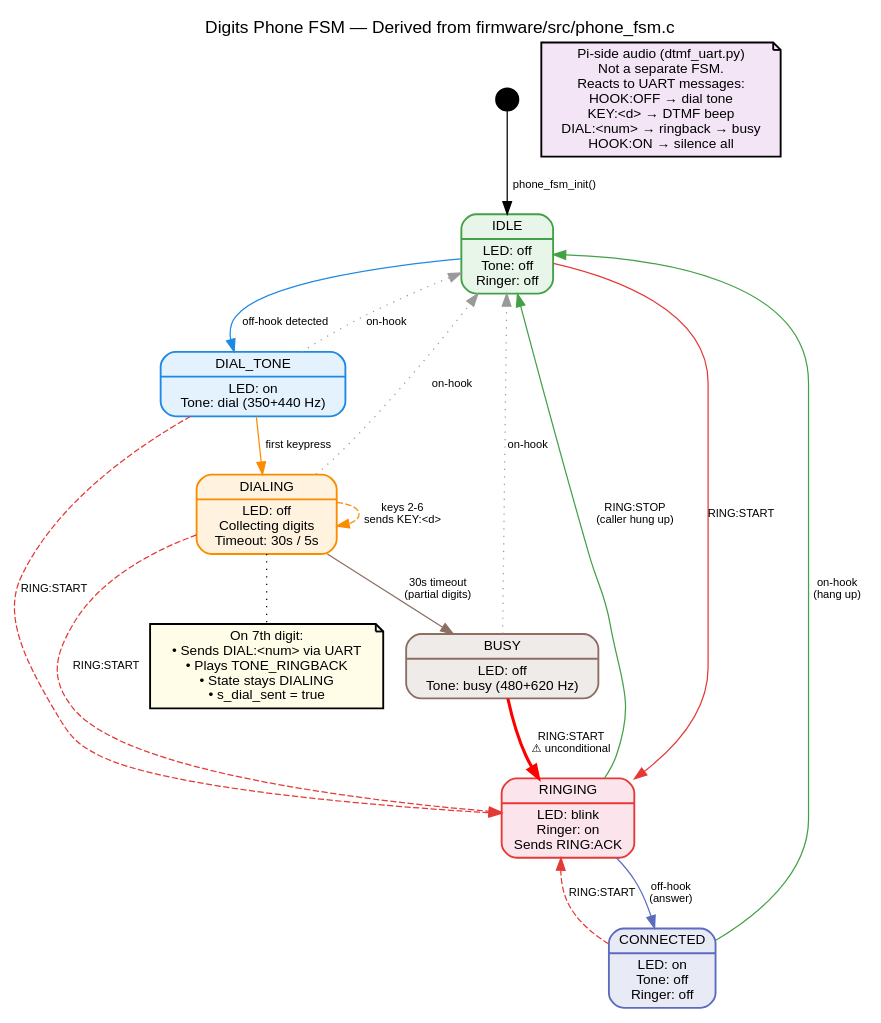
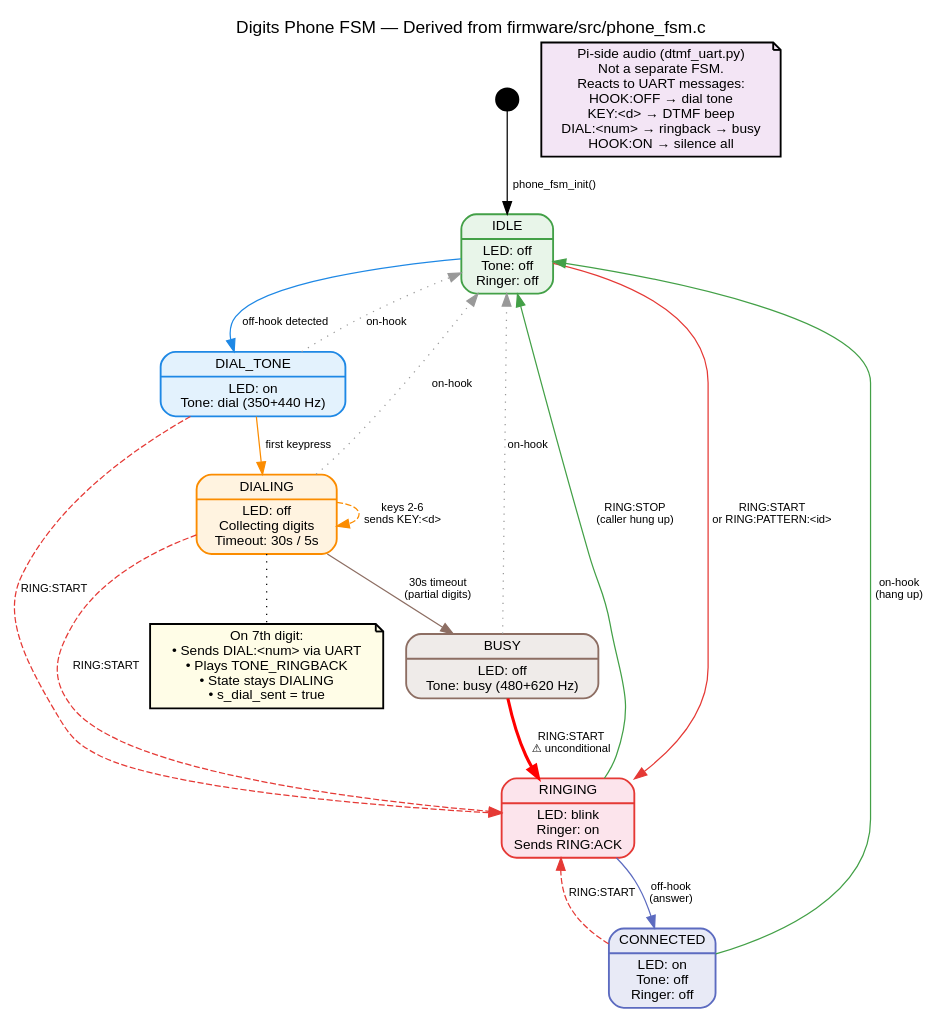
One commit to justinlindh/digits changed the diagram in docs/diagrams/phone-fsm.dot. Above: the diagram before and after it, drawn with Graphviz. The commit also changed 6 other files, not shown here.

```diff
--- a/docs/diagrams/phone-fsm.dot
+++ b/docs/diagrams/phone-fsm.dot
@@ -1,51 +1,51 @@
 digraph DigitsPhoneFSM {
     rankdir=TB;
     fontname="Helvetica";
     node [fontname="Helvetica", fontsize=11, style=filled, shape=Mrecord, penwidth=1.5];
     edge [fontname="Helvetica", fontsize=9];
     label="Digits Phone FSM — Derived from firmware/src/phone_fsm.c";
     labelloc="t";
     fontsize=14;
 
     start [shape=circle, label="", width=0.25, fillcolor=black, color=black];
 
     IDLE [label="{IDLE|LED: off\nTone: off\nRinger: off}", fillcolor="#e8f5e9", color="#43a047"];
     DIAL_TONE [label="{DIAL_TONE|LED: on\nTone: dial (350+440 Hz)}", fillcolor="#e3f2fd", color="#1e88e5"];
     DIALING [label="{DIALING|LED: off\nCollecting digits\nTimeout: 30s / 5s}", fillcolor="#fff3e0", color="#fb8c00"];
     RINGING [label="{RINGING|LED: blink\nRinger: on\nSends RING:ACK}", fillcolor="#fce4ec", color="#e53935"];
     CONNECTED [label="{CONNECTED|LED: on\nTone: off\nRinger: off}", fillcolor="#e8eaf6", color="#5c6bc0"];
     BUSY [label="{BUSY|LED: off\nTone: busy (480+620 Hz)}", fillcolor="#efebe9", color="#8d6e63"];
 
     start -> IDLE [label="phone_fsm_init()"];
 
     // Normal outbound call flow
     IDLE -> DIAL_TONE [label="off-hook detected", color="#1e88e5"];
     DIAL_TONE -> DIALING [label="first keypress", color="#fb8c00"];
     DIALING -> DIALING [label="keys 2-6\nsends KEY:<d>", color="#fb8c00", style=dashed];
     DIALING -> BUSY [label="30s timeout\n(partial digits)", color="#8d6e63"];
 
     // Incoming call — RING:START is unconditional
-    IDLE -> RINGING [label="RING:START", color="#e53935"];
+    IDLE -> RINGING [label="RING:START\nor RING:PATTERN:<id>", color="#e53935"];
     DIAL_TONE -> RINGING [label="RING:START", color="#e53935", style=dashed];
     DIALING -> RINGING [label="RING:START", color="#e53935", style=dashed];
     CONNECTED -> RINGING [label="RING:START", color="#e53935", style=dashed];
     BUSY -> RINGING [label="RING:START\n⚠ unconditional", color="red", penwidth=2.5];
 
     // Answer
     RINGING -> CONNECTED [label="off-hook\n(answer)", color="#5c6bc0"];
 
     // Ring cancelled
     RINGING -> IDLE [label="RING:STOP\n(caller hung up)", color="#43a047"];
 
     // On-hook → IDLE
     DIAL_TONE -> IDLE [label="on-hook", color="#999999", style=dotted];
     DIALING -> IDLE [label="on-hook", color="#999999", style=dotted];
     CONNECTED -> IDLE [label="on-hook\n(hang up)", color="#43a047"];
     BUSY -> IDLE [label="on-hook", color="#999999", style=dotted];
 
     // Notes
     dialing_note [shape=note, fillcolor="#fffde7", label="On 7th digit:\n• Sends DIAL:<num> via UART\n• Plays TONE_RINGBACK\n• State stays DIALING\n• s_dial_sent = true"];
     DIALING -> dialing_note [style=dotted, arrowhead=none];
 
     pi_note [shape=note, fillcolor="#f3e5f5", label="Pi-side audio (dtmf_uart.py)\nNot a separate FSM.\nReacts to UART messages:\nHOOK:OFF → dial tone\nKEY:<d> → DTMF beep\nDIAL:<num> → ringback → busy\nHOOK:ON → silence all"];
 }
```
